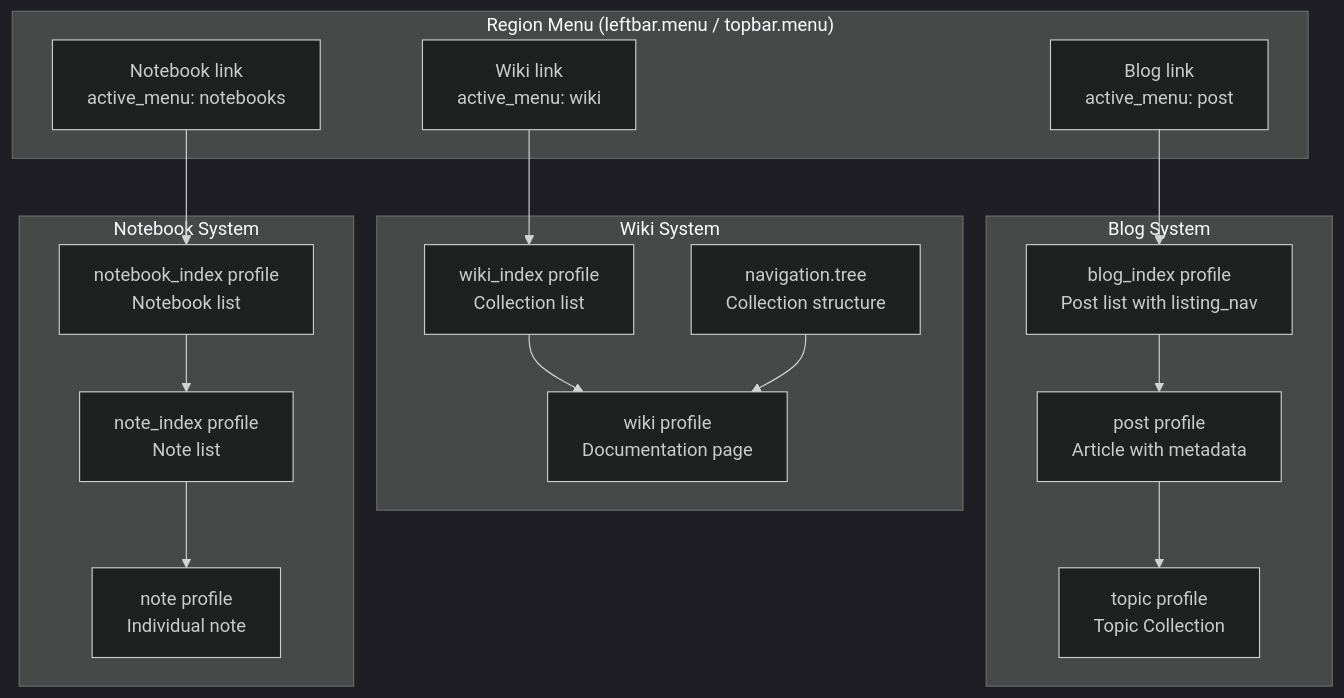
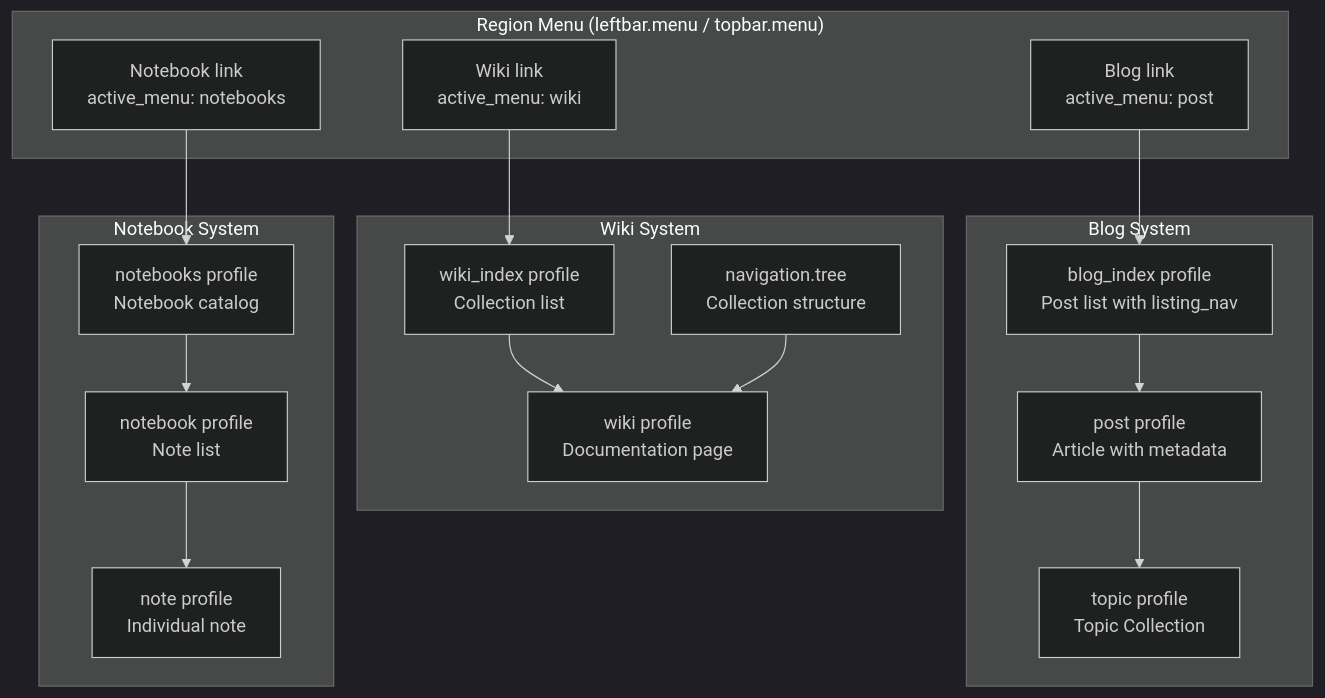
Before and after one commit to loohalh/hexo-theme-stellar: the fourth of 5 diagrams in docs/knowledge/00-总览与安装配置/overview.md, drawn with Mermaid (dark theme). The commit also changed other lines of this file and 23 other files, not shown here.

````diff
--- a/docs/knowledge/00-总览与安装配置/overview.md
+++ b/docs/knowledge/00-总览与安装配置/overview.md
@@ -203,39 +203,39 @@
 ```mermaid
 graph TB
     subgraph Menu["Region Menu (leftbar.menu / topbar.menu)"]
         MENU1["Blog link<br/>active_menu: post"]
         MENU2["Wiki link<br/>active_menu: wiki"]
         MENU3["Notebook link<br/>active_menu: notebooks"]
     end
     
     subgraph BlogSystem["Blog System"]
         BLOGINDEX["blog_index profile<br/>Post list with listing_nav"]
         BLOGPOST["post profile<br/>Article with metadata"]
         BLOGTOPIC["topic profile<br/>Topic Collection"]
     end
     
     subgraph WikiSystem["Wiki System"]
         WIKIINDEX["wiki_index profile<br/>Collection list"]
         WIKIPAGE["wiki profile<br/>Documentation page"]
         WIKITREE["navigation.tree<br/>Collection structure"]
     end
     
     subgraph NotebookSystem["Notebook System"]
-        NBLIST["notebook_index profile<br/>Notebook list"]
-        NOTELIST["note_index profile<br/>Note list"]
+        NBLIST["notebooks profile<br/>Notebook catalog"]
+        NOTELIST["notebook profile<br/>Note list"]
         NOTEPAGE["note profile<br/>Individual note"]
     end
     
     MENU1 --> BLOGINDEX
     MENU2 --> WIKIINDEX
     MENU3 --> NBLIST
     
     BLOGINDEX --> BLOGPOST
     BLOGPOST --> BLOGTOPIC
     
     WIKIINDEX --> WIKIPAGE
     WIKITREE --> WIKIPAGE
     
     NBLIST --> NOTELIST
     NOTELIST --> NOTEPAGE
 ```
````
